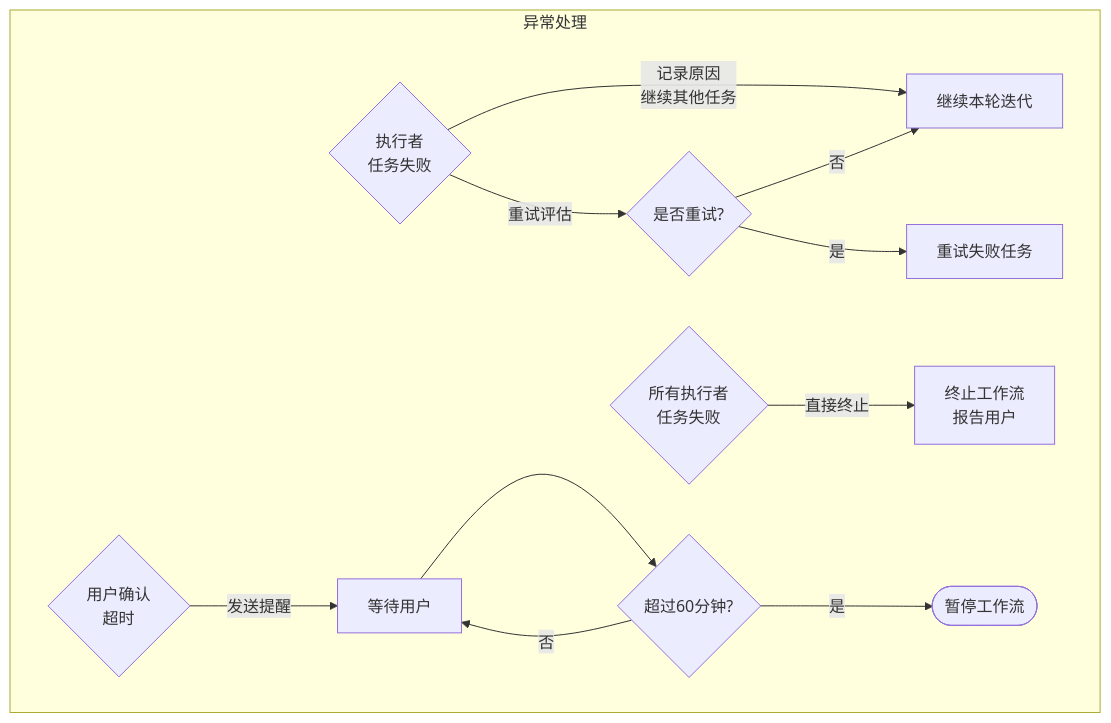
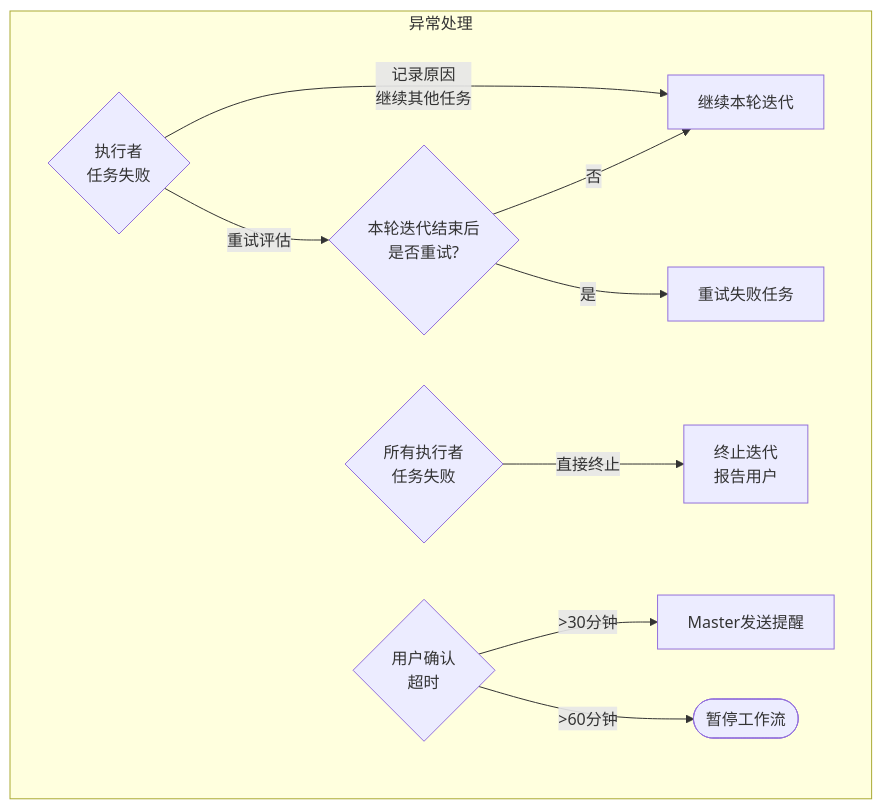
The third of 10 diagrams in docs/multi-agent-workflow-diagram.md (Halo94361/opencode_workflow_sync), drawn with Mermaid before and after one commit. The commit also changed other lines of this file and 12 other files, not shown here.

First line of the commit message:
docs: 更新SKILL.md术语表和工作流程图

````diff
--- a/docs/multi-agent-workflow-diagram.md
+++ b/docs/multi-agent-workflow-diagram.md
@@ -67,20 +103,18 @@
 ```mermaid
 flowchart TD
     subgraph Exception[异常处理]
         E1{执行者<br/>任务失败}
         E2{所有执行者<br/>任务失败}
         E3{用户确认<br/>超时}
         
         E1 -->|记录原因<br/>继续其他任务| RESUME[继续本轮迭代]
-        E1 -->|重试评估| RETRY_CHECK{是否重试?}
+        E1 -->|重试评估| RETRY_CHECK{本轮迭代结束后<br/>是否重试?}
         RETRY_CHECK -->|是| RETRY_EXEC[重试失败任务]
         RETRY_CHECK -->|否| RESUME
         
-        E2 -->|直接终止| TERMINATE[终止工作流<br/>报告用户]
+        E2 -->|直接终止| TERMINATE[终止迭代<br/>报告用户]
         
-        E3 -->|发送提醒| WAIT[等待用户]
-        WAIT --> TIMEOUT{超过60分钟?}
-        TIMEOUT -->|是| PAUSE([暂停工作流])
-        TIMEOUT -->|否| WAIT
+        E3 -->|>30分钟| REMIND[Master发送提醒]
+        E3 -->|>60分钟| PAUSE([暂停工作流])
     end
 ```
````
